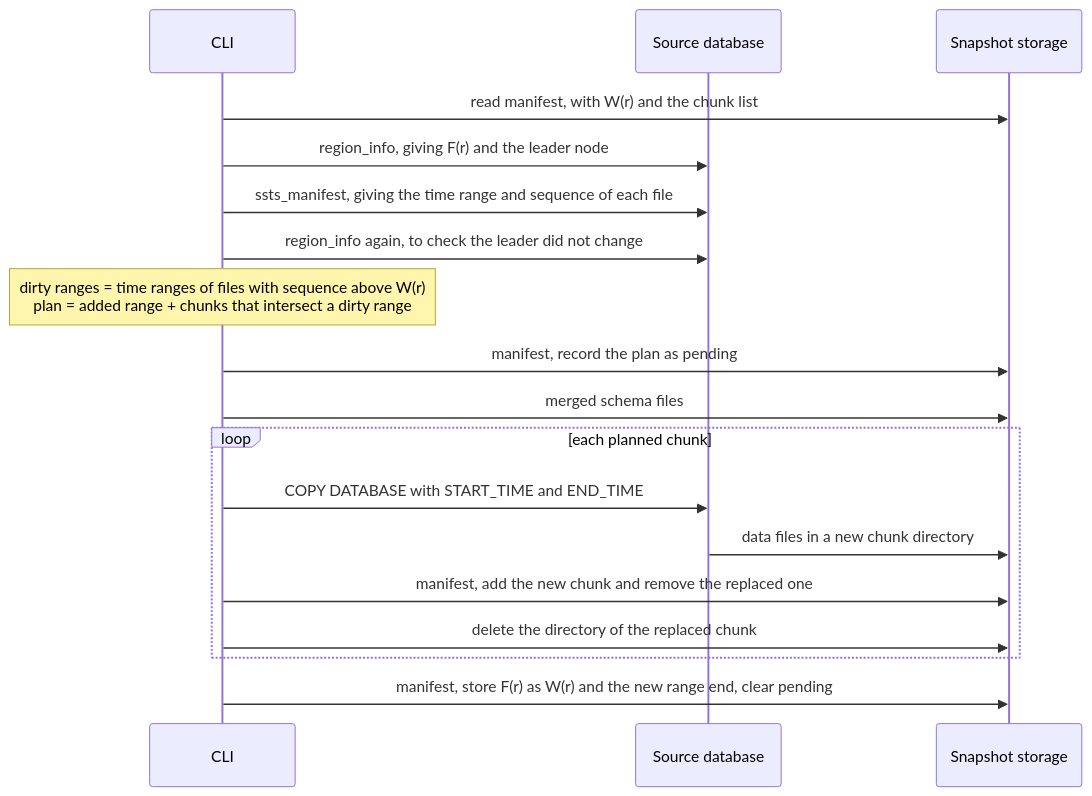
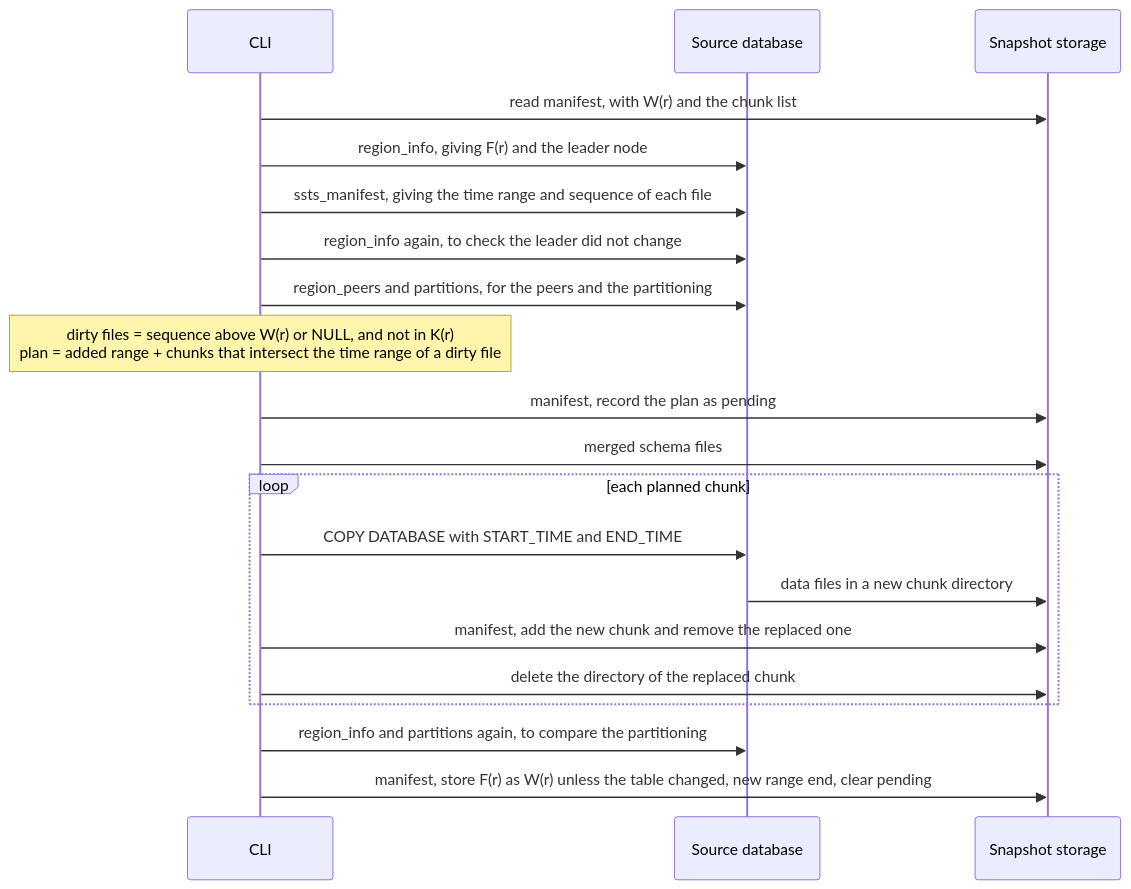
The first of 2 diagrams in docs/rfcs/2026-11-26-export-v2-late-data/rfc.md (GreptimeTeam/greptimedb), drawn with Mermaid before and after one commit. The commit also changed other lines of this file, not shown here.

````diff
--- a/docs/rfcs/2026-11-26-export-v2-late-data/rfc.md
+++ b/docs/rfcs/2026-11-26-export-v2-late-data/rfc.md
@@ -143,21 +155,23 @@
 ```mermaid
 sequenceDiagram
     participant C as CLI
     participant S as Source database
     participant O as Snapshot storage
 
     C->>O: read manifest, with W(r) and the chunk list
     C->>S: region_info, giving F(r) and the leader node
     C->>S: ssts_manifest, giving the time range and sequence of each file
     C->>S: region_info again, to check the leader did not change
-    Note over C: dirty ranges = time ranges of files with sequence above W(r)<br/>plan = added range + chunks that intersect a dirty range
+    C->>S: region_peers and partitions, for the peers and the partitioning
+    Note over C: dirty files = sequence above W(r) or NULL, and not in K(r)<br/>plan = added range + chunks that intersect the time range of a dirty file
     C->>O: manifest, record the plan as pending
     C->>O: merged schema files
     loop each planned chunk
         C->>S: COPY DATABASE with START_TIME and END_TIME
         S->>O: data files in a new chunk directory
         C->>O: manifest, add the new chunk and remove the replaced one
         C->>O: delete the directory of the replaced chunk
     end
-    C->>O: manifest, store F(r) as W(r) and the new range end, clear pending
+    C->>S: region_info and partitions again, to compare the partitioning
+    C->>O: manifest, store F(r) as W(r) unless the table changed, new range end, clear pending
 ```
````
